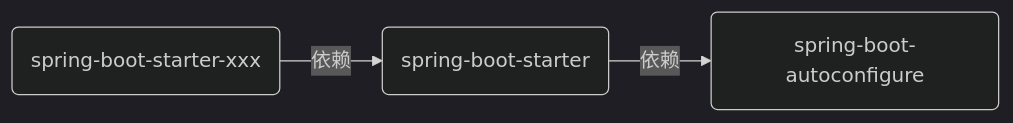
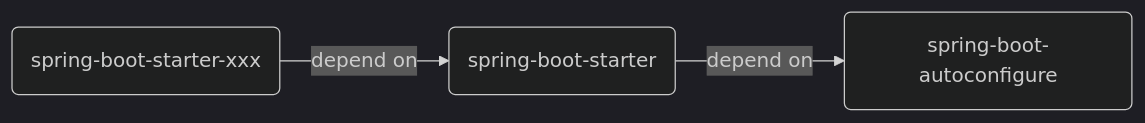
One commit to domeniczz/learnJavaDev changed diagram 31 of 42 in DevTech/Spring.md. Above: the diagram before and after it, drawn with Mermaid (dark theme). The commit also changed other lines of this file and 6 other files, not shown here.

````diff
--- a/DevTech/Spring.md
+++ b/DevTech/Spring.md
@@ -8695,5 +9070,5 @@
   ```mermaid
   flowchart LR
-      A(spring-boot-starter-xxx) --依赖--> B(spring-boot-starter)
-      B --依赖--> C(spring-boot-autoconfigure)
+      A(spring-boot-starter-xxx) --"depend on"--> B(spring-boot-starter)
+      B --"depend on"--> C(spring-boot-autoconfigure)
   ```
````
